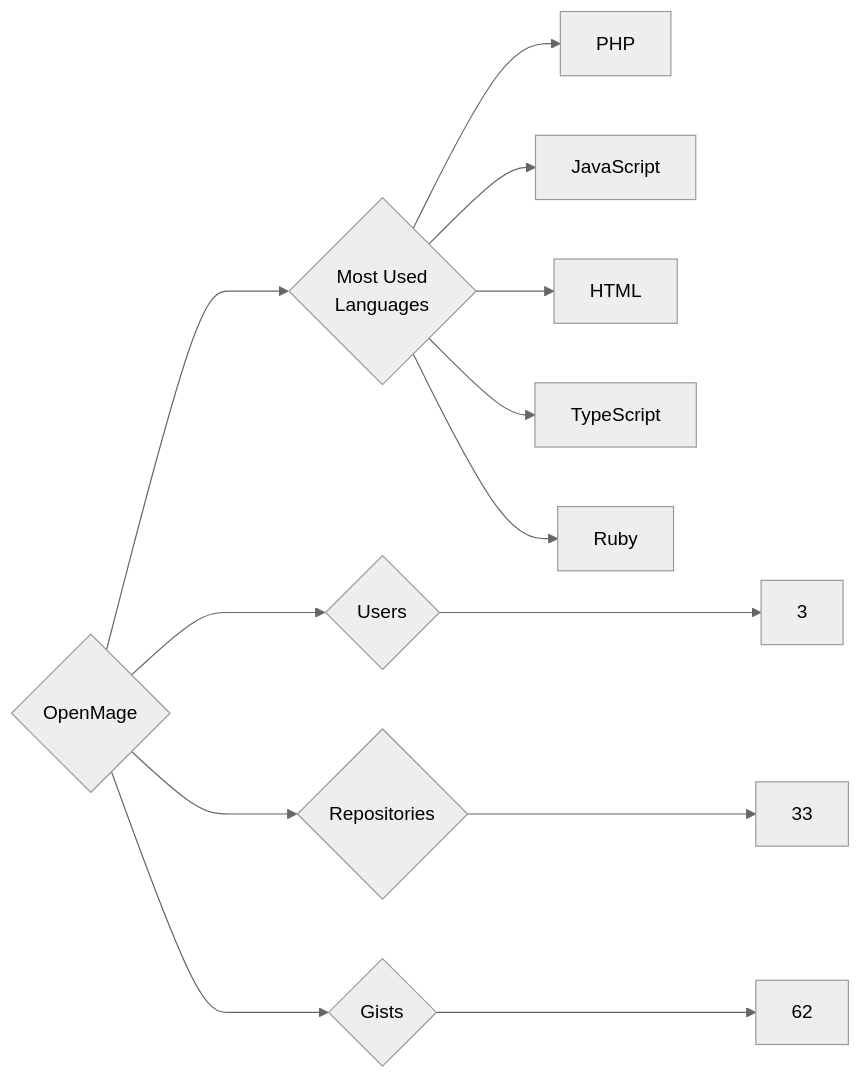
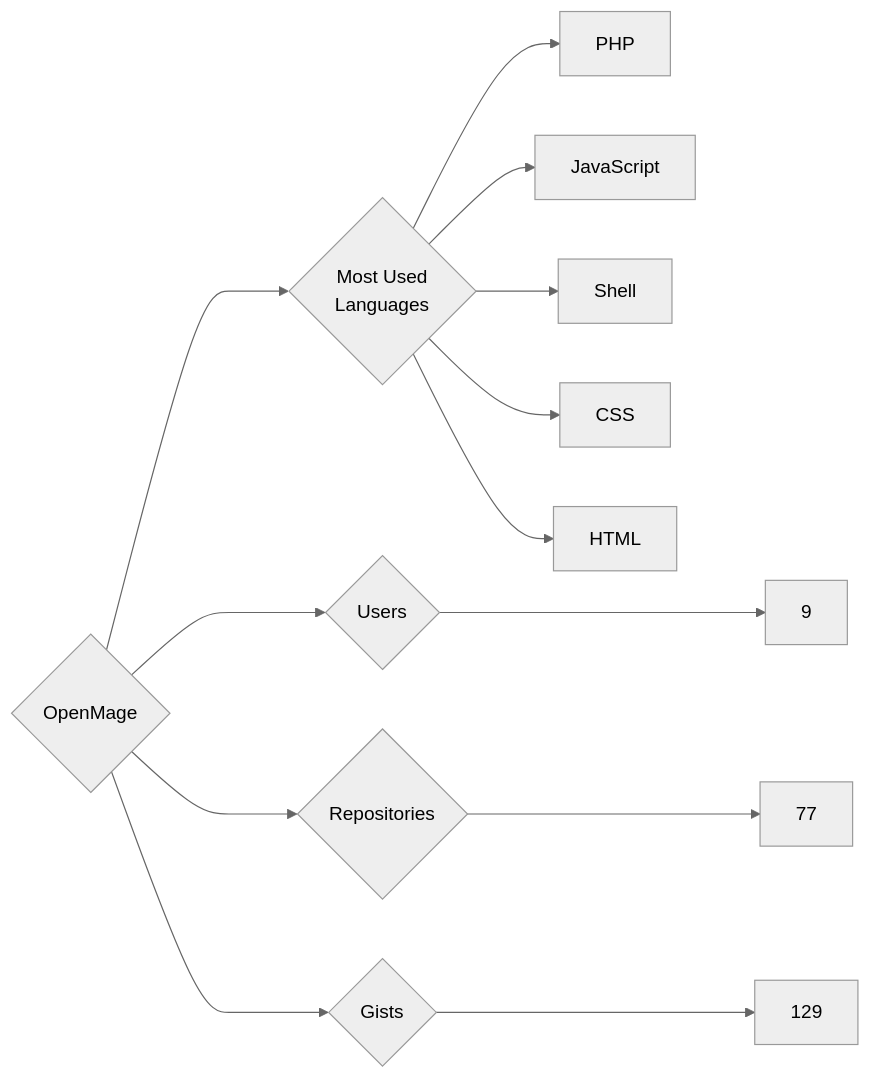
Before and after one commit to trickest/insiders: the diagram in targets/OpenMage/README.md, drawn with Mermaid (neutral theme). The commit also changed 1696 other files, not shown here.

````diff
--- a/targets/OpenMage/README.md
+++ b/targets/OpenMage/README.md
@@ -3,13 +3,13 @@
 ```mermaid
 graph LR
 COMPANY_NAME{OpenMage}
-COMPANY_NAME ---> U{Users} ---> UN[3]
-COMPANY_NAME ---> R{Repositories} ---> RN[33]
-COMPANY_NAME ---> G{Gists} ---> GN[62]
+COMPANY_NAME ---> U{Users} ---> UN[9]
+COMPANY_NAME ---> R{Repositories} ---> RN[77]
+COMPANY_NAME ---> G{Gists} ---> GN[129]
 COMPANY_NAME ---> ML{Most Used<br>Languages}
 ML --> PHP[PHP]
 ML --> JavaScript[JavaScript]
+ML --> Shell[Shell]
+ML --> CSS[CSS]
 ML --> HTML[HTML]
-ML --> TypeScript[TypeScript]
-ML --> Ruby[Ruby]
 ```
````
